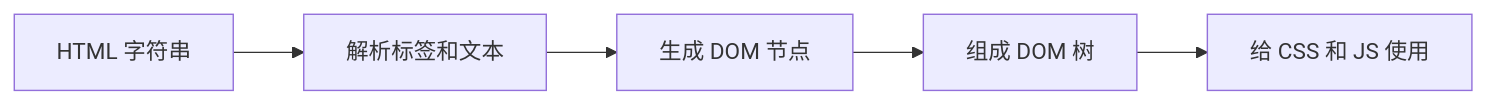
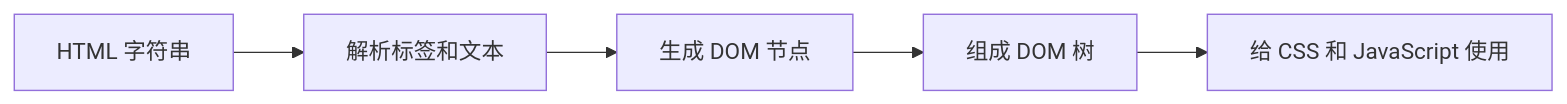
The diagram in docs/01-html.md (fourfireee/FE_Learning), drawn with Mermaid before and after one commit. The commit also changed other lines of this file and 16 other files, not shown here.

````diff
--- a/docs/01-html.md
+++ b/docs/01-html.md
@@ -7,7 +7,7 @@
 ```mermaid
 flowchart LR
     A["HTML 字符串"] --> B["解析标签和文本"]
     B --> C["生成 DOM 节点"]
     C --> D["组成 DOM 树"]
-    D --> E["给 CSS 和 JS 使用"]
+    D --> E["给 CSS 和 JavaScript 使用"]
 ```
````
